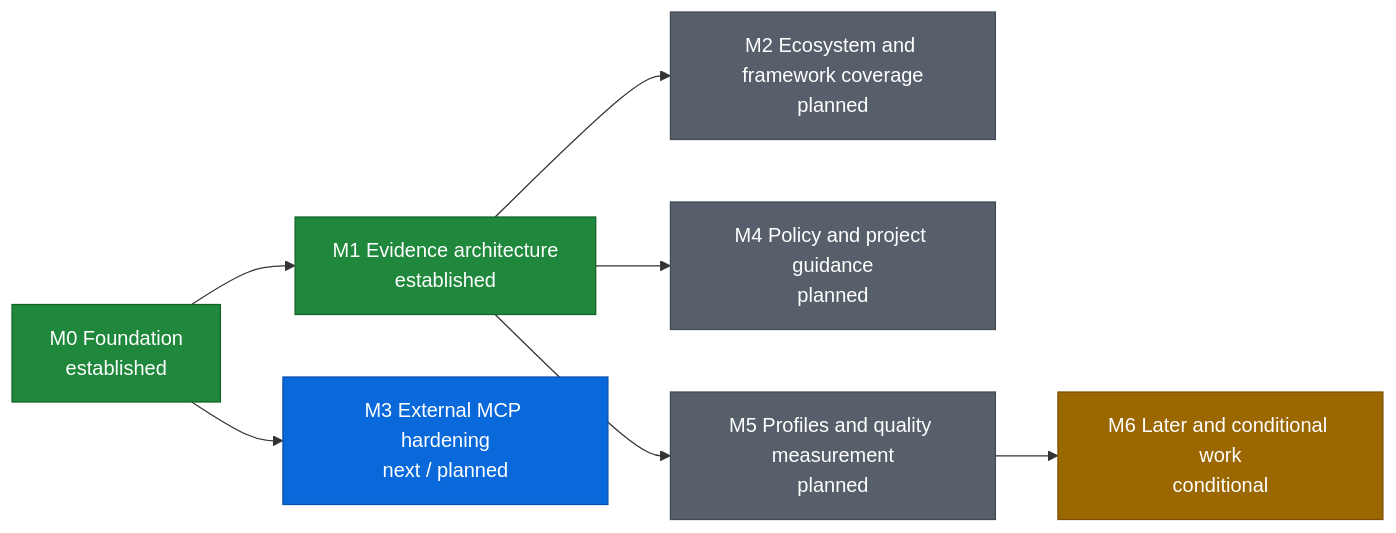
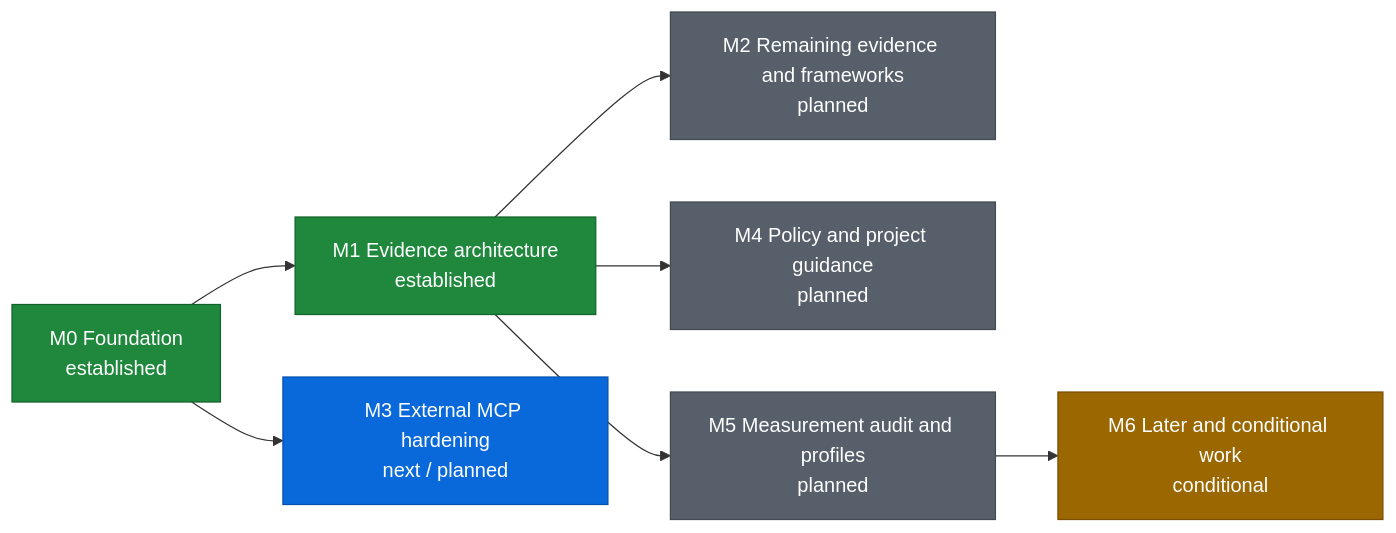
Before and after one commit to xeonvs/open-code-review-toolkit: the diagram in ROADMAP.md, drawn with Mermaid. The commit also changed other lines of this file and 15 other files, not shown here.

````diff
--- a/ROADMAP.md
+++ b/ROADMAP.md
@@ -8,19 +8,19 @@
 ```mermaid
 flowchart LR
     M0["M0 Foundation<br/>established"] --> M1["M1 Evidence architecture<br/>established"]
     M0 --> M3["M3 External MCP hardening<br/>next / planned"]
-    M1 --> M2["M2 Ecosystem and framework coverage<br/>planned"]
+    M1 --> M2["M2 Remaining evidence and frameworks<br/>planned"]
     M1 --> M4["M4 Policy and project guidance<br/>planned"]
-    M1 --> M5["M5 Profiles and quality measurement<br/>planned"]
+    M1 --> M5["M5 Measurement audit and profiles<br/>planned"]
     M5 --> M6["M6 Later and conditional work<br/>conditional"]
 
     classDef established fill:#1f883d,stroke:#116329,color:#ffffff
     classDef next fill:#0969da,stroke:#0550ae,color:#ffffff
     classDef planned fill:#57606a,stroke:#424a53,color:#ffffff
     classDef conditional fill:#9a6700,stroke:#7d4e00,color:#ffffff
 
     class M0,M1 established
     class M3 next
     class M2,M4,M5 planned
     class M6 conditional
 ```
````
